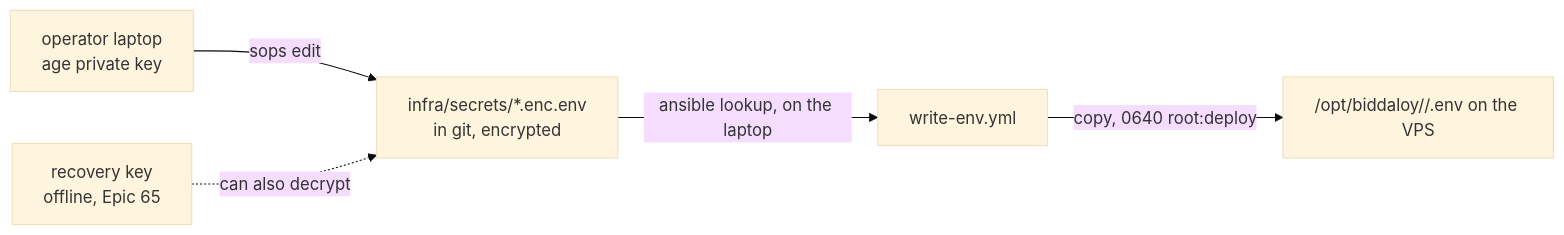
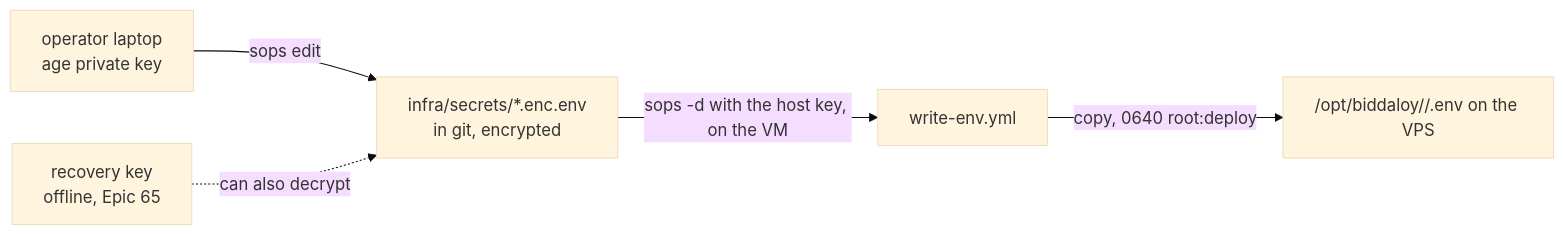
Before and after one commit to tareq89/biddaloy: the diagram in infra/secrets/README.md, drawn with Mermaid (base theme). The commit also changed other lines of this file and 28 other files, not shown here.

````diff
--- a/infra/secrets/README.md
+++ b/infra/secrets/README.md
@@ -6,7 +6,7 @@
 ```mermaid
 flowchart LR
   A[operator laptop<br/>age private key] -->|sops edit| B[infra/secrets/*.enc.env<br/>in git, encrypted]
-  B -->|ansible lookup, on the laptop| C[write-env.yml]
+  B -->|sops -d with the host key, on the VM| C[write-env.yml]
   C -->|copy, 0640 root:deploy| D["/opt/biddaloy/<env>/.env on the VPS"]
   R[recovery key<br/>offline, Epic 65] -.can also decrypt.-> B
 ```
````
